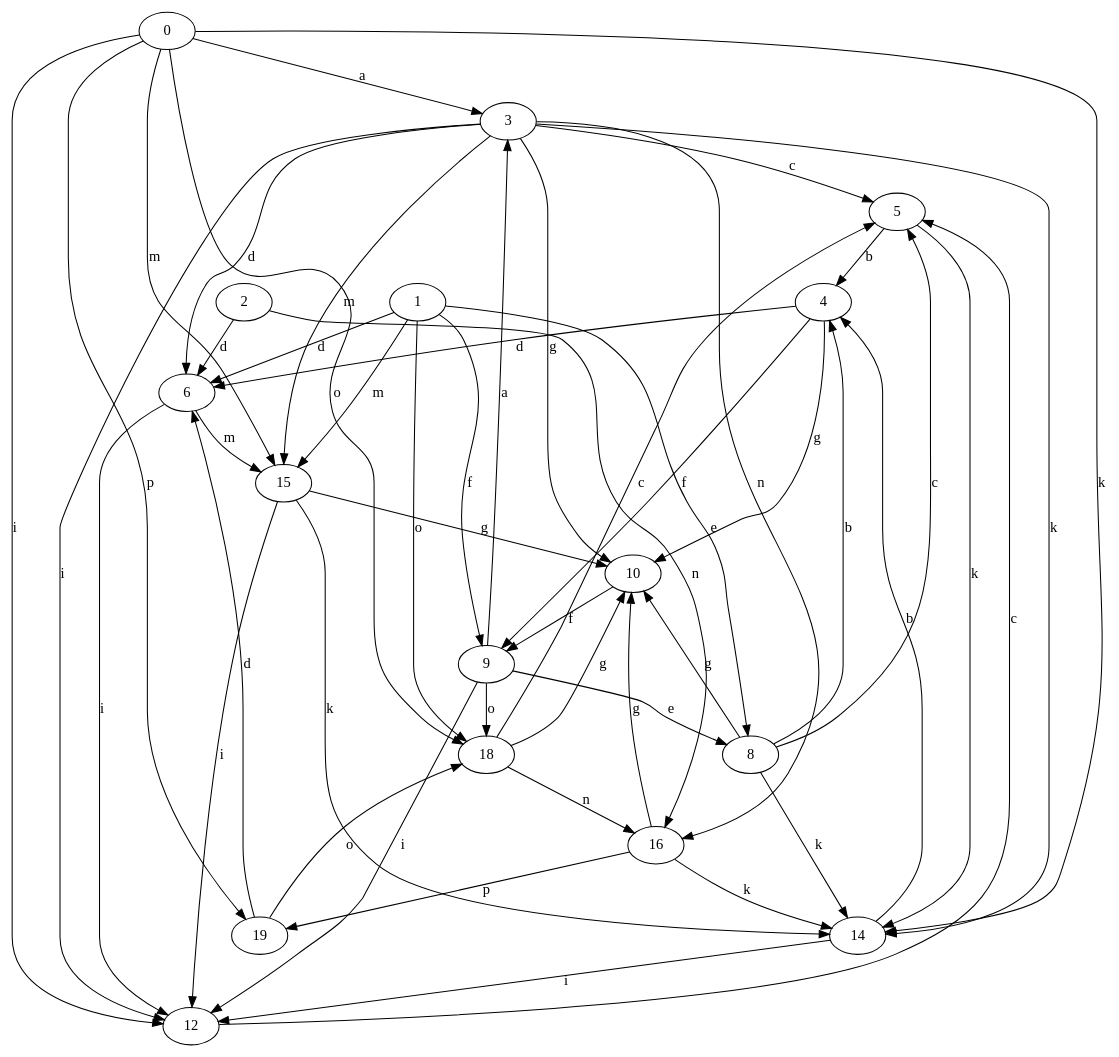
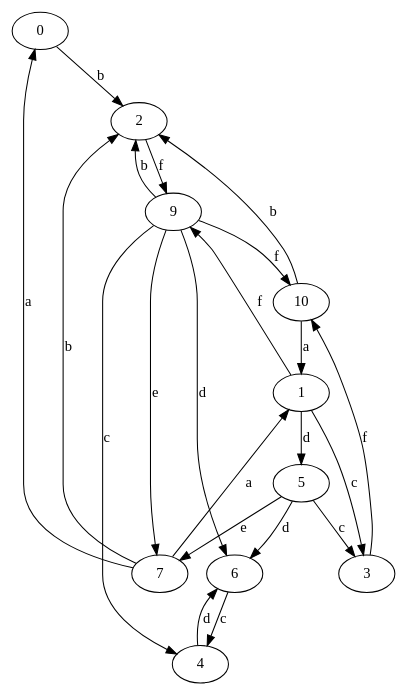
Before and after one commit to shaunak215/Genomics-Final-Project: the diagram in generator/samples/test_0.dot, drawn with Graphviz. The commit also changed 20 other files, not shown here.

```diff
--- a/generator/samples/test_0.dot
+++ b/generator/samples/test_0.dot
@@ -1,68 +1,33 @@
 strict digraph  {
 0;
 1;
 2;
 3;
 4;
 5;
 6;
-8;
+7;
 9;
 10;
-12;
-14;
-15;
-16;
-18;
-19;
-0 -> 3  [label=a];
-0 -> 12  [label=i];
-0 -> 14  [label=k];
-0 -> 15  [label=m];
-0 -> 18  [label=o];
-0 -> 19  [label=p];
-1 -> 6  [label=d];
-1 -> 8  [label=e];
+0 -> 2  [label=b];
+1 -> 3  [label=c];
+1 -> 5  [label=d];
 1 -> 9  [label=f];
-1 -> 15  [label=m];
-1 -> 18  [label=o];
-2 -> 6  [label=d];
-2 -> 16  [label=n];
-3 -> 5  [label=c];
-3 -> 6  [label=d];
-3 -> 10  [label=g];
-3 -> 12  [label=i];
-3 -> 14  [label=k];
-3 -> 15  [label=m];
-3 -> 16  [label=n];
+2 -> 9  [label=f];
+3 -> 10  [label=f];
 4 -> 6  [label=d];
-4 -> 9  [label=f];
-4 -> 10  [label=g];
-5 -> 4  [label=b];
-5 -> 14  [label=k];
-6 -> 12  [label=i];
-6 -> 15  [label=m];
-8 -> 4  [label=b];
-8 -> 5  [label=c];
-8 -> 10  [label=g];
-8 -> 14  [label=k];
-9 -> 3  [label=a];
-9 -> 8  [label=e];
-9 -> 12  [label=i];
-9 -> 18  [label=o];
-10 -> 9  [label=f];
-12 -> 5  [label=c];
-14 -> 4  [label=b];
-14 -> 12  [label=i];
-15 -> 10  [label=g];
-15 -> 12  [label=i];
-15 -> 14  [label=k];
-16 -> 10  [label=g];
-16 -> 14  [label=k];
-16 -> 19  [label=p];
-18 -> 5  [label=c];
-18 -> 10  [label=g];
-18 -> 16  [label=n];
-19 -> 6  [label=d];
-19 -> 18  [label=o];
+5 -> 3  [label=c];
+5 -> 6  [label=d];
+5 -> 7  [label=e];
+6 -> 4  [label=c];
+7 -> 0  [label=a];
+7 -> 1  [label=a];
+7 -> 2  [label=b];
+9 -> 2  [label=b];
+9 -> 4  [label=c];
+9 -> 6  [label=d];
+9 -> 7  [label=e];
+9 -> 10  [label=f];
+10 -> 1  [label=a];
+10 -> 2  [label=b];
 }
```
